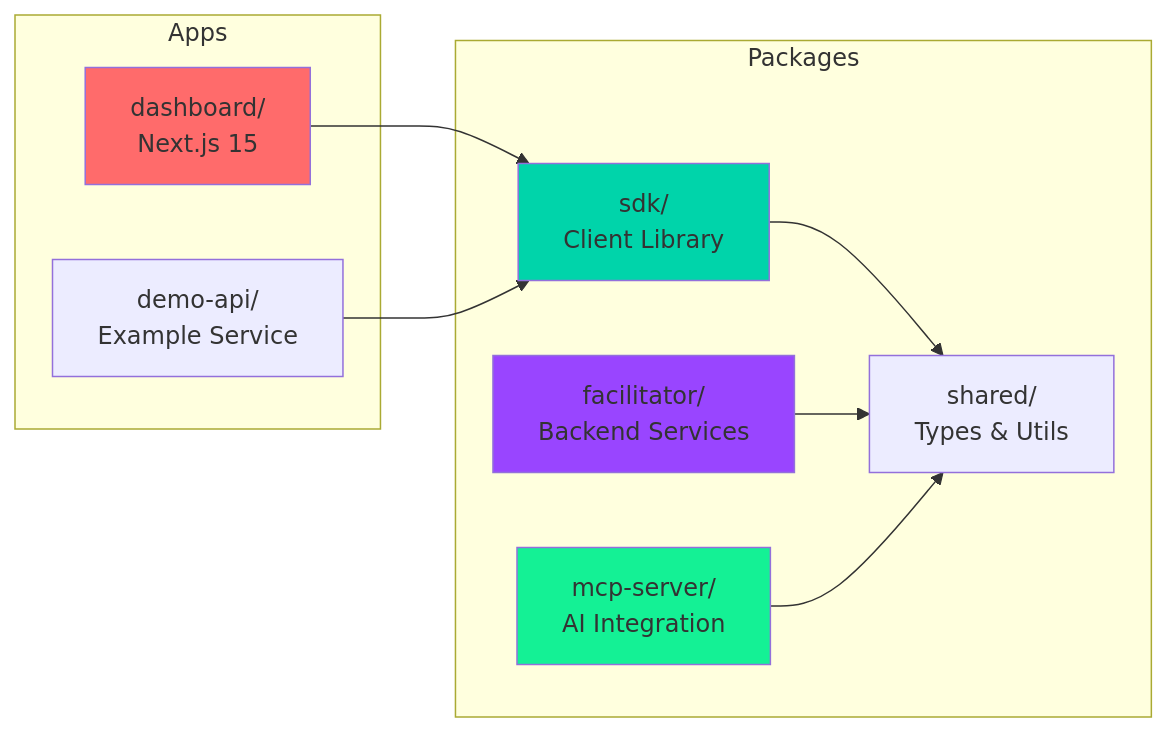
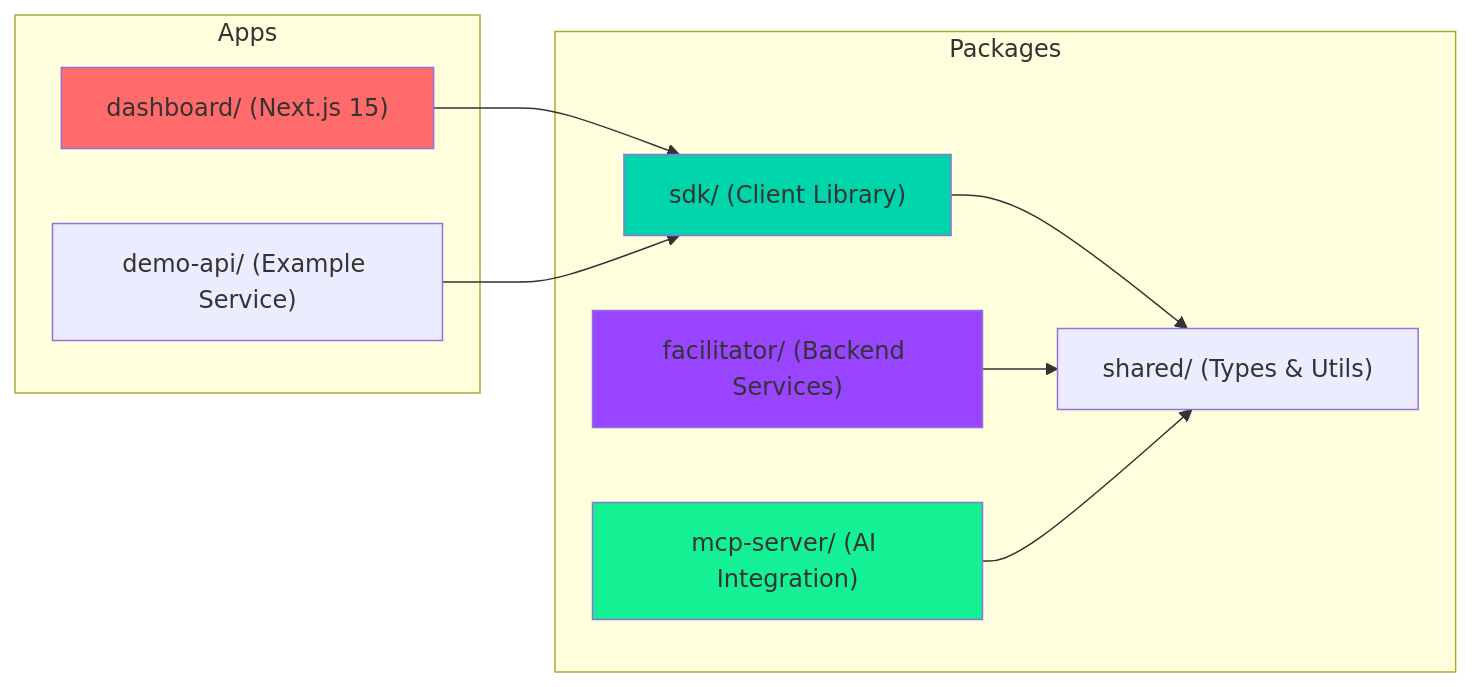
One commit to Blessedbiello/402pay changed the third of 3 diagrams in README.md. Above: the diagram before and after it, drawn with Mermaid. The commit also changed other lines of this file, not shown here.

Commit message:
fix: Replace HTML br tags with proper Mermaid syntax in diagrams
Fixed parse errors in three Mermaid diagrams by removing unsupported HTML <br/> tags:
- System Overview diagram: Use parentheses for multiline node labels
- x402 Payment Flow diagram: Simplified text without line breaks
- Component Architecture diagram: Use parentheses for multiline node labels

The diagrams now render properly in GitHub and other Mermaid renderers.

````diff
--- a/README.md
+++ b/README.md
@@ -248,25 +248,25 @@
 ```mermaid
 graph LR
     subgraph "Packages"
-        SDK[sdk/<br/>Client Library]
-        Facilitator[facilitator/<br/>Backend Services]
-        MCP[mcp-server/<br/>AI Integration]
-        Shared[shared/<br/>Types & Utils]
+        SDK["sdk/ (Client Library)"]
+        Facilitator["facilitator/ (Backend Services)"]
+        MCP["mcp-server/ (AI Integration)"]
+        Shared["shared/ (Types & Utils)"]
     end
 
     subgraph "Apps"
-        Dashboard[dashboard/<br/>Next.js 15]
-        Demo[demo-api/<br/>Example Service]
+        Dashboard["dashboard/ (Next.js 15)"]
+        Demo["demo-api/ (Example Service)"]
     end
 
     SDK --> Shared
     Facilitator --> Shared
     MCP --> Shared
     Dashboard --> SDK
     Demo --> SDK
 
     style SDK fill:#00D4AA
     style Facilitator fill:#9945FF
     style MCP fill:#14F195
     style Dashboard fill:#FF6B6B
 ```
````
